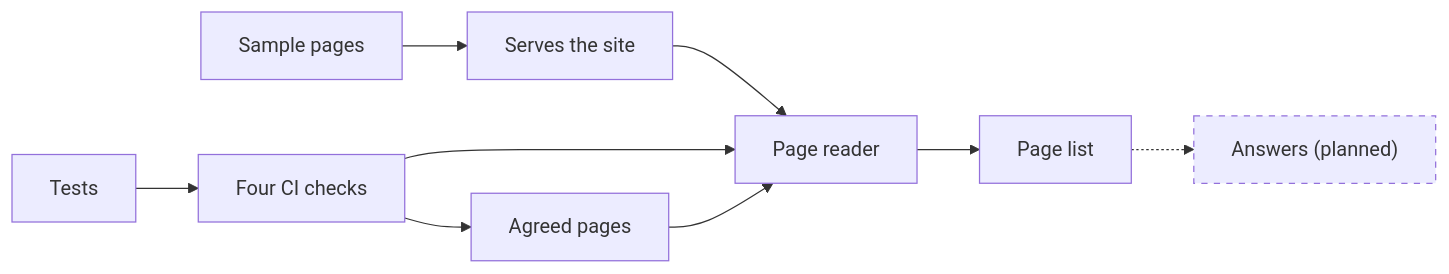
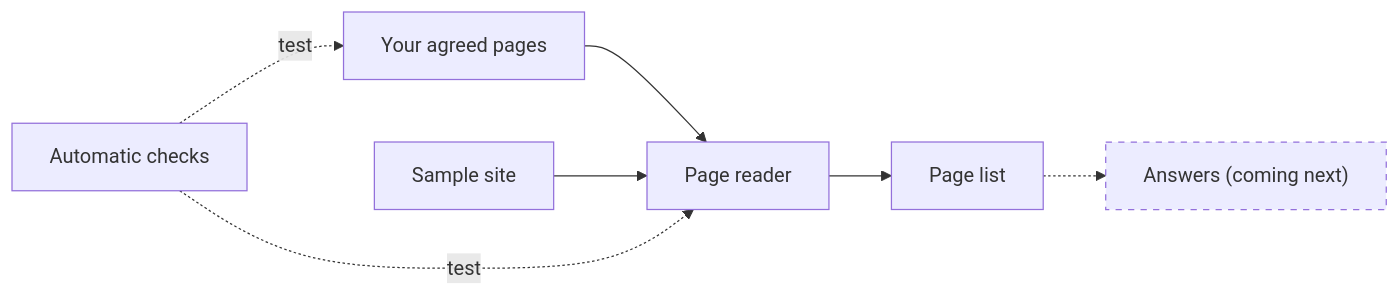
Before and after one commit to RoxanaTapia/maple-street-front-desk: the diagram in README.md, drawn with Mermaid. The commit also changed other lines of this file, not shown here.

````diff
--- a/README.md
+++ b/README.md
@@ -15,12 +15,10 @@
 ```mermaid
 flowchart LR
-  agreements["Agreed pages"] --> reader["Page reader"]
-  pages["Sample pages"] --> server["Serves the site"]
-  server --> reader
-  reader --> pagelist["Page list"]
-  tests["Tests"] --> checks["Four CI checks"]
-  checks --> reader
-  checks --> agreements
-  pagelist -.-> answers["Answers (planned)"]
+  agreed["Your agreed pages"] --> reader["Page reader"]
+  site["Sample site"] --> reader
+  reader --> list["Page list"]
+  list -.-> answers["Answers (coming next)"]
+  checks["Automatic checks"] -. test .-> reader
+  checks -. test .-> agreed
   style answers stroke-dasharray: 5 5
 ```
````
